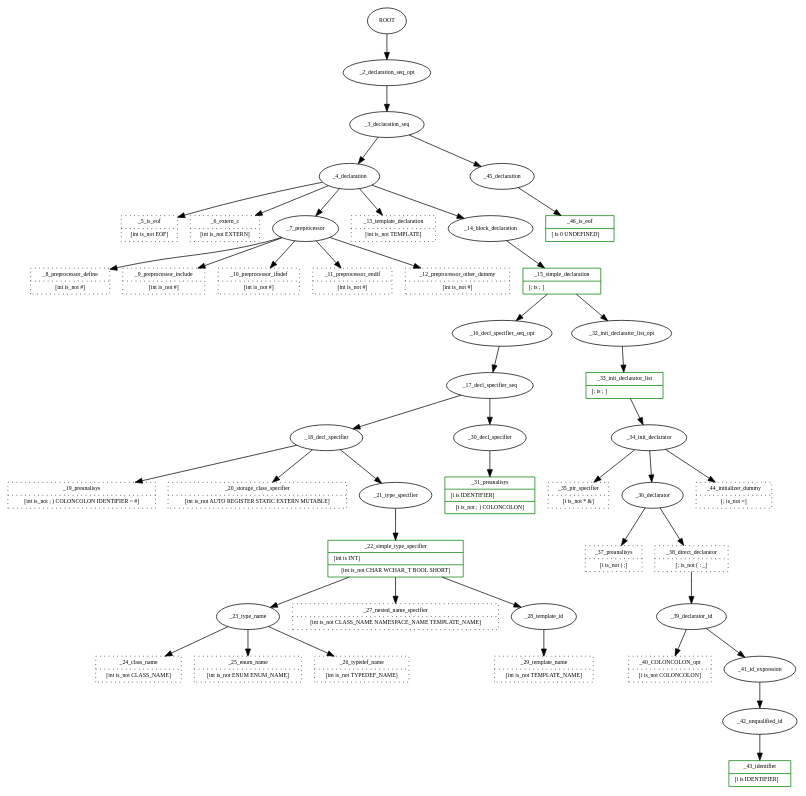
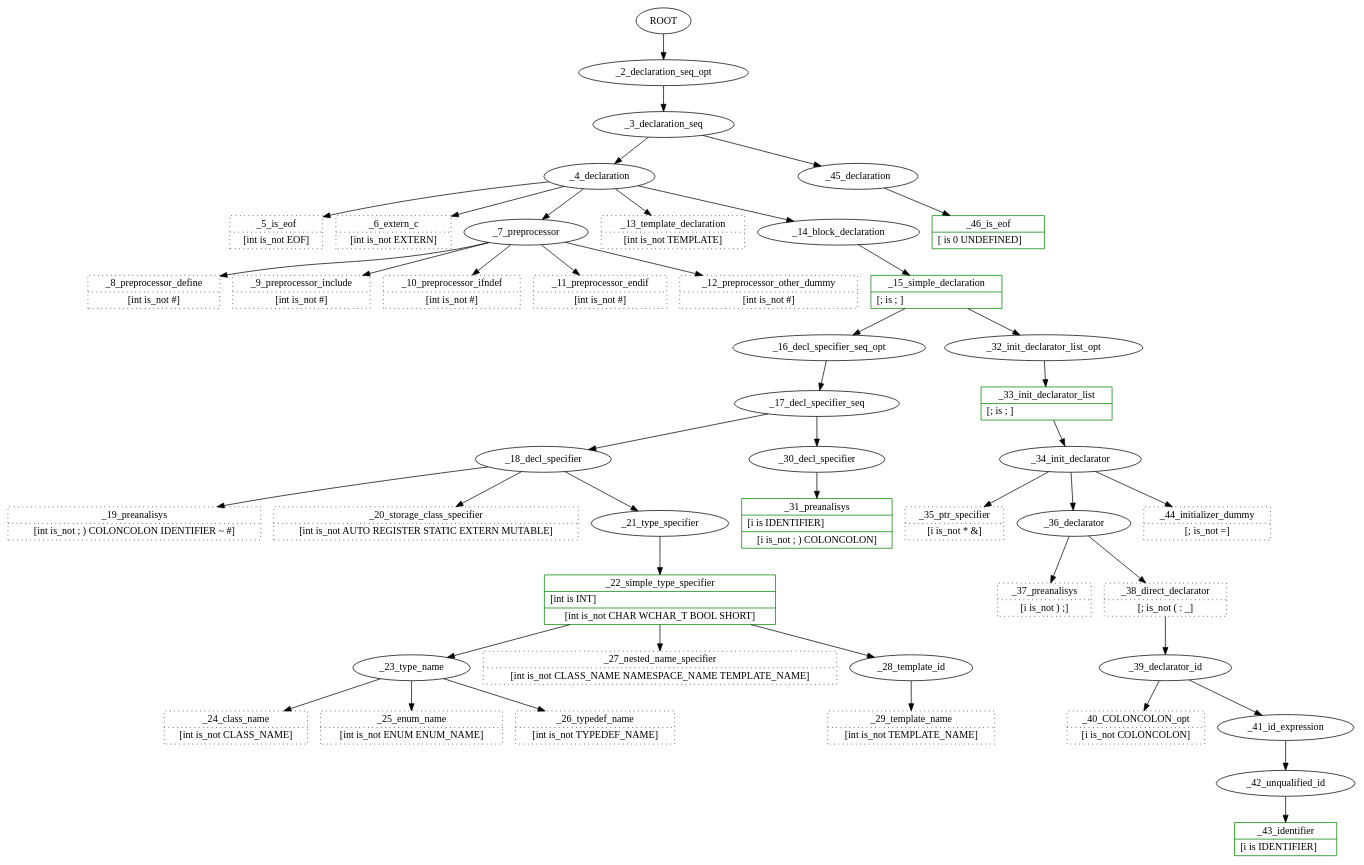
One commit to fructu/abidos_cpp_doc changed the diagram in programmer_manual/chapter_architecture/examples/trace_book_01.cpp.gv. Above: the diagram before and after it, drawn with Graphviz. The commit also changed 6 other files, not shown here.

```diff
--- a/programmer_manual/chapter_architecture/examples/trace_book_01.cpp.gv
+++ b/programmer_manual/chapter_architecture/examples/trace_book_01.cpp.gv
@@ -1,108 +1,108 @@
 /*
  cat /home/hevia/working/abidos/processor/test_out//trace_book_01.cpp.gv | dot -Tpng > /home/hevia/working/abidos/processor/test_out//trace_book_01.cpp.gv.png
 */
 digraph G {
-
+//        fontname = "Bitstream Vera Sans"
 //        fontname = "Technic"
-        fontsize = 8
+//        fontsize = 8
 
         node [
 //                fontname = "Technic"
-                fontsize = 8
+//                fontsize = 10
         ]
 
         edge [
 //                fontname = "Technic"
-                fontsize = 8
+//                fontsize = 10
         ]
 
   ROOT[label="ROOT"]  _3_declaration_seq[label="_3_declaration_seq"]
   _4_declaration[label="_4_declaration"]
   _5_is_eof[label="{_5_is_eof|[int\ is_not EOF]}", shape="record", color=black, style=dotted]
   _6_extern_c[label="{_6_extern_c|[int\ is_not EXTERN]}", shape="record", color=black, style=dotted]
   _7_preprocessor[label="_7_preprocessor"]
   _8_preprocessor_define[label="{_8_preprocessor_define|[int\ is_not #]}", shape="record", color=black, style=dotted]
   _9_preprocessor_include[label="{_9_preprocessor_include|[int\ is_not #]}", shape="record", color=black, style=dotted]
   _10_preprocessor_ifndef[label="{_10_preprocessor_ifndef|[int\ is_not #]}", shape="record", color=black, style=dotted]
   _11_preprocessor_endif[label="{_11_preprocessor_endif|[int\ is_not #]}", shape="record", color=black, style=dotted]
   _12_preprocessor_other_dummy[label="{_12_preprocessor_other_dummy|[int\ is_not #]}", shape="record", color=black, style=dotted]
   _13_template_declaration[label="{_13_template_declaration|[int\ is_not TEMPLATE]}", shape="record", color=black, style=dotted]
   _14_block_declaration[label="_14_block_declaration"]
   _15_simple_declaration[label="{_15_simple_declaration|[; is  ; ]\l}", shape="record", color=green]
   _16_decl_specifier_seq_opt[label="_16_decl_specifier_seq_opt"]
   _17_decl_specifier_seq[label="_17_decl_specifier_seq"]
   _18_decl_specifier[label="_18_decl_specifier"]
   _19_preanalisys[label="{_19_preanalisys|[int\ is_not ;\ )\ COLONCOLON\ IDENTIFIER\ ~\ #]}", shape="record", color=black, style=dotted]
   _20_storage_class_specifier[label="{_20_storage_class_specifier|[int\ is_not AUTO\ REGISTER\ STATIC\ EXTERN\ MUTABLE]}", shape="record", color=black, style=dotted]
   _21_type_specifier[label="_21_type_specifier"]
   _22_simple_type_specifier[label="{_22_simple_type_specifier|[int is INT]\l|[int\ is_not CHAR\ WCHAR_T\ BOOL\ SHORT]}", shape="record", color=green]
   _23_type_name[label="_23_type_name"]
   _24_class_name[label="{_24_class_name|[int\ is_not CLASS_NAME]}", shape="record", color=black, style=dotted]
   _25_enum_name[label="{_25_enum_name|[int\ is_not ENUM\ ENUM_NAME]}", shape="record", color=black, style=dotted]
   _26_typedef_name[label="{_26_typedef_name|[int\ is_not TYPEDEF_NAME]}", shape="record", color=black, style=dotted]
   _27_nested_name_specifier[label="{_27_nested_name_specifier|[int\ is_not CLASS_NAME\ NAMESPACE_NAME\ TEMPLATE_NAME]}", shape="record", color=black, style=dotted]
   _28_template_id[label="_28_template_id"]
   _29_template_name[label="{_29_template_name|[int\ is_not TEMPLATE_NAME]}", shape="record", color=black, style=dotted]
   _30_decl_specifier[label="_30_decl_specifier"]
   _31_preanalisys[label="{_31_preanalisys|[i is IDENTIFIER]\l|[i\ is_not ;\ )\ COLONCOLON]}", shape="record", color=green]
   _32_init_declarator_list_opt[label="_32_init_declarator_list_opt"]
   _33_init_declarator_list[label="{_33_init_declarator_list|[; is  ; ]\l}", shape="record", color=green]
   _34_init_declarator[label="_34_init_declarator"]
   _35_ptr_specifier[label="{_35_ptr_specifier|[i\ is_not *\ &]}", shape="record", color=black, style=dotted]
   _36_declarator[label="_36_declarator"]
   _37_preanalisys[label="{_37_preanalisys|[i\ is_not )\ ;]}", shape="record", color=black, style=dotted]
   _38_direct_declarator[label="{_38_direct_declarator|[;\ is_not (\ \:\ \_]}", shape="record", color=black, style=dotted]
   _39_declarator_id[label="_39_declarator_id"]
   _40_COLONCOLON_opt[label="{_40_COLONCOLON_opt|[i\ is_not COLONCOLON]}", shape="record", color=black, style=dotted]
   _41_id_expression[label="_41_id_expression"]
   _42_unqualified_id[label="_42_unqualified_id"]
   _43_identifier[label="{_43_identifier|[i is IDENTIFIER]\l}", shape="record", color=green]
   _44_initializer_dummy[label="{_44_initializer_dummy|[;\ is_not =]}", shape="record", color=black, style=dotted]
   _45_declaration[label="_45_declaration"]
   _46_is_eof[label="{_46_is_eof|[ is 0 UNDEFINED]\l}", shape="record", color=green]
   ROOT->_2_declaration_seq_opt;
   _2_declaration_seq_opt->_3_declaration_seq;
   _3_declaration_seq->_4_declaration;
   _4_declaration->_5_is_eof;
   _4_declaration->_6_extern_c;
   _4_declaration->_7_preprocessor;
   _7_preprocessor->_8_preprocessor_define;
   _7_preprocessor->_9_preprocessor_include;
   _7_preprocessor->_10_preprocessor_ifndef;
   _7_preprocessor->_11_preprocessor_endif;
   _7_preprocessor->_12_preprocessor_other_dummy;
   _4_declaration->_13_template_declaration;
   _4_declaration->_14_block_declaration;
   _14_block_declaration->_15_simple_declaration;
   _15_simple_declaration->_16_decl_specifier_seq_opt;
   _16_decl_specifier_seq_opt->_17_decl_specifier_seq;
   _17_decl_specifier_seq->_18_decl_specifier;
   _18_decl_specifier->_19_preanalisys;
   _18_decl_specifier->_20_storage_class_specifier;
   _18_decl_specifier->_21_type_specifier;
   _21_type_specifier->_22_simple_type_specifier;
   _22_simple_type_specifier->_23_type_name;
   _23_type_name->_24_class_name;
   _23_type_name->_25_enum_name;
   _23_type_name->_26_typedef_name;
   _22_simple_type_specifier->_27_nested_name_specifier;
   _22_simple_type_specifier->_28_template_id;
   _28_template_id->_29_template_name;
   _17_decl_specifier_seq->_30_decl_specifier;
   _30_decl_specifier->_31_preanalisys;
   _15_simple_declaration->_32_init_declarator_list_opt;
   _32_init_declarator_list_opt->_33_init_declarator_list;
   _33_init_declarator_list->_34_init_declarator;
   _34_init_declarator->_35_ptr_specifier;
   _34_init_declarator->_36_declarator;
   _36_declarator->_37_preanalisys;
   _36_declarator->_38_direct_declarator;
   _38_direct_declarator->_39_declarator_id;
   _39_declarator_id->_40_COLONCOLON_opt;
   _39_declarator_id->_41_id_expression;
   _41_id_expression->_42_unqualified_id;
   _42_unqualified_id->_43_identifier;
   _34_init_declarator->_44_initializer_dummy;
   _3_declaration_seq->_45_declaration;
   _45_declaration->_46_is_eof;
 }
```
